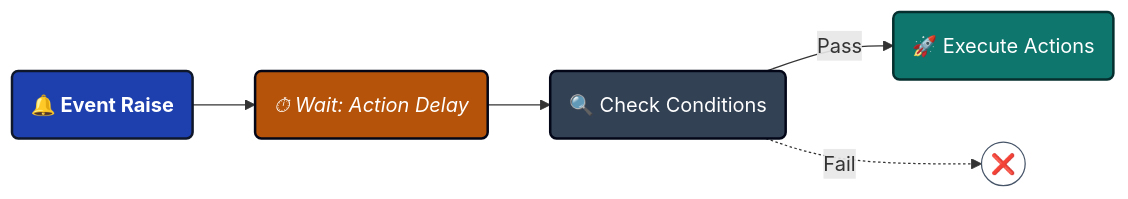
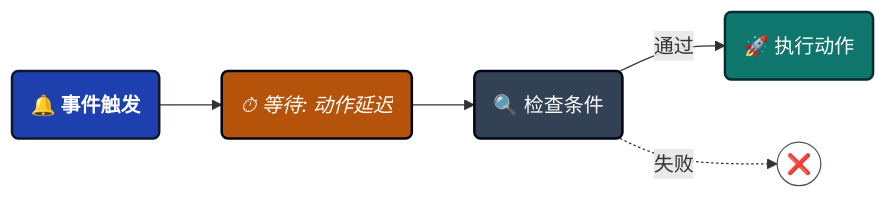
One commit to tinygiants-tech/TinyGiants changed the second of 5 diagrams in i18n/zh/docusaurus-plugin-content-docs/current/game-event-system/visual-workflow/game-event-behavior.md. Above: the diagram before and after it, drawn with Mermaid. The commit also changed other lines of this file and 4 other files, not shown here.

````diff
--- a/i18n/zh/docusaurus-plugin-content-docs/current/game-event-system/visual-workflow/game-event-behavior.md
+++ b/i18n/zh/docusaurus-plugin-content-docs/current/game-event-system/visual-workflow/game-event-behavior.md
@@ -313,13 +309,13 @@
 ```mermaid
 graph LR
     classDef event fill:#1e40af,stroke:#0f172a,stroke-width:2px,color:#ffffff,font-weight:bold
     classDef wait fill:#b45309,stroke:#020617,stroke-width:2px,color:#ffffff,font-style:italic
     classDef decision fill:#334155,stroke:#020617,stroke-width:2px,color:#ffffff
     classDef action fill:#0f766e,stroke:#042f2e,stroke-width:2px,color:#ffffff
 
-    A(🔔 Event Raise):::event --> B(⏱ Wait: Action Delay):::wait
-    B --> C(🔍 Check Conditions):::decision
-    C -- "Pass" --> D(🚀 Execute Actions):::action
-    C -. "Fail" .-> E((❌))
+    A(🔔 事件触发):::event --> B(⏱ 等待: 动作延迟):::wait
+    B --> C(🔍 检查条件):::decision
+    C -- "通过" --> D(🚀 执行动作):::action
+    C -. "失败" .-> E((❌))
     style E fill:none,stroke:#475569,color:#475569
 ```
````
